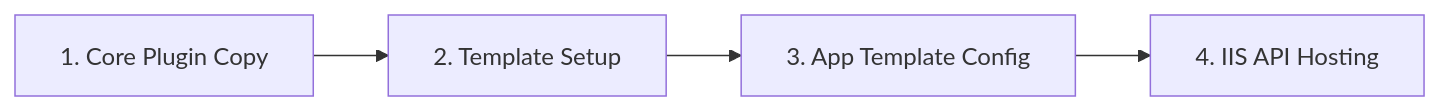
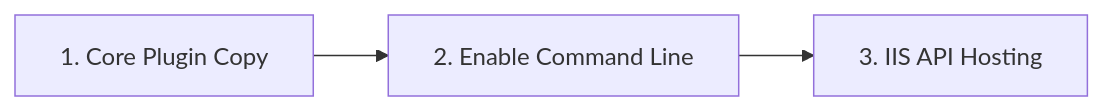
One commit to nexoviacore/Axi-CMD changed the second of 2 diagrams in AxpertPlugins/AxiCMD/README.md. Above: the diagram before and after it, drawn with Mermaid. The commit also changed other lines of this file and 1 other file, not shown here.

````diff
--- a/AxpertPlugins/AxiCMD/README.md
+++ b/AxpertPlugins/AxiCMD/README.md
@@ -83,6 +83,5 @@
 ```mermaid
 graph LR
-    Step1[1. Core Plugin Copy] --> Step2[2. Template Setup]
-    Step2 --> Step3[3. App Template Config]
-    Step3 --> Step4[4. IIS API Hosting]
+    Step1[1. Core Plugin Copy] --> Step2[2. Enable Command Line]
+    Step2 --> Step3[3. IIS API Hosting]
 ```
````
